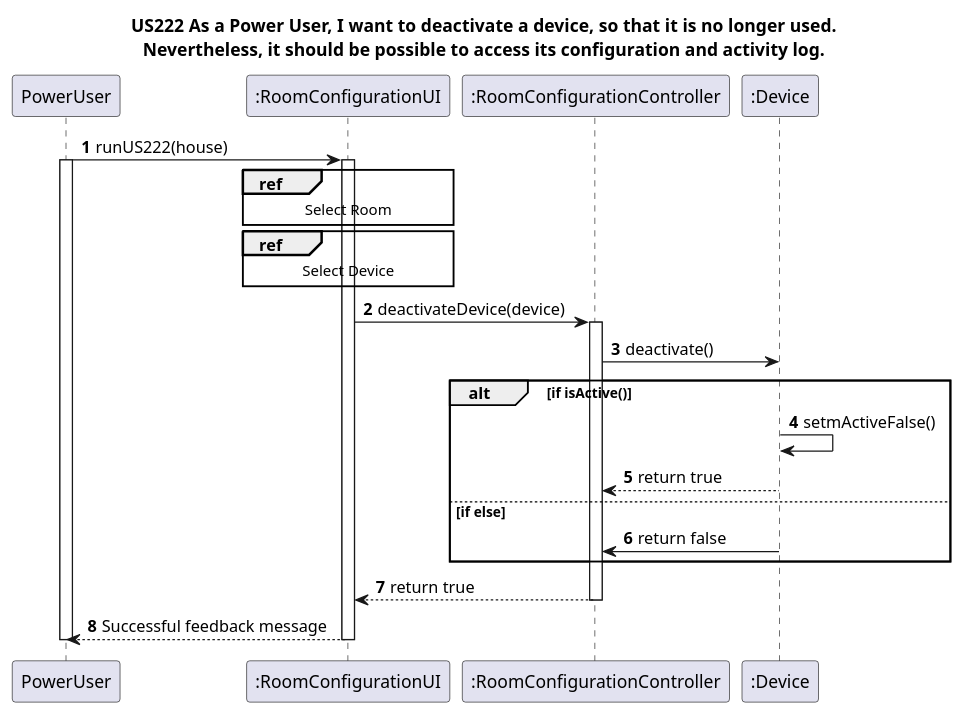
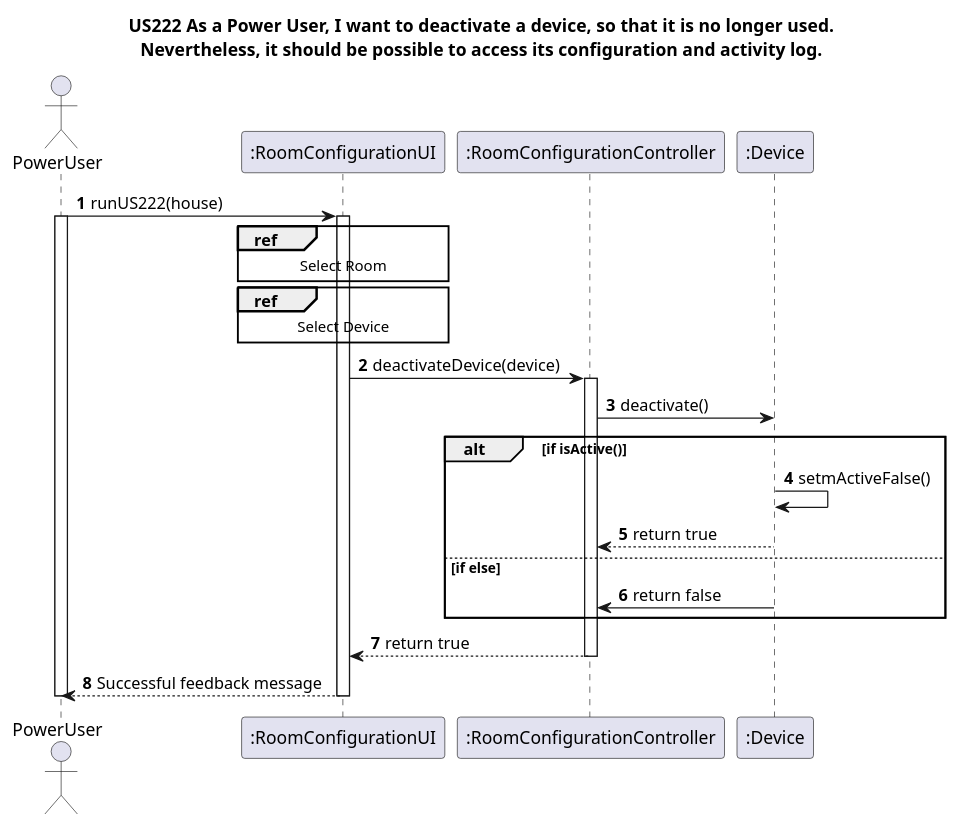
Before and after one commit to Almadanmp/project: the diagram in uml/US222/US222.puml, drawn with PlantUML. The commit also changed 2 other files, not shown here.

Commit message:
#103 - UML Sequence Diagram

```diff
--- a/uml/US222/US222.puml
+++ b/uml/US222/US222.puml
@@ -1,27 +1,28 @@
 @startuml
 Title US222 As a Power User, I want to deactivate a device, so that it is no longer used.\nNevertheless, it should be possible to access its configuration and activity log.
+actor PowerUser
 autonumber
 PowerUser -> ":RoomConfigurationUI": runUS222(house)
 activate PowerUser
 activate ":RoomConfigurationUI"
 ref over ":RoomConfigurationUI"
 Select Room
 end ref
 ref over ":RoomConfigurationUI"
 Select Device
 end ref
 ":RoomConfigurationUI" -> ":RoomConfigurationController": deactivateDevice(device)
 activate ":RoomConfigurationController"
 ":RoomConfigurationController" -> ":Device": deactivate()
 alt if isActive()
 ":Device" -> ":Device": setmActiveFalse()
 ":Device" --> ":RoomConfigurationController": return true
 else if else
 ":Device" -> ":RoomConfigurationController": return false
 end
 ":RoomConfigurationController" --> ":RoomConfigurationUI": return true
 deactivate ":RoomConfigurationController"
 ":RoomConfigurationUI" --> PowerUser: Successful feedback message
 deactivate ":RoomConfigurationUI"
 deactivate PowerUser
 @enduml
```
